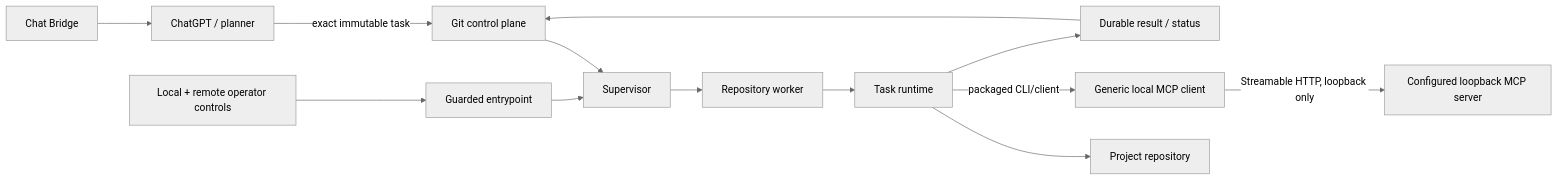
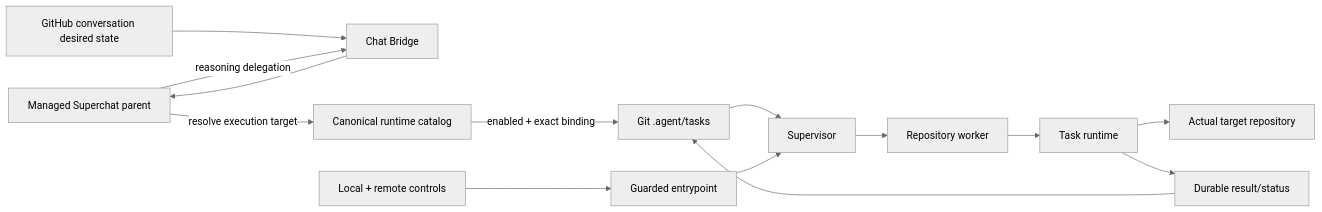
The diagram in docs/ARCHITECTURE.md (MichalMatu/local-agent), drawn with Mermaid (neutral theme) before and after one commit. The commit also changed other lines of this file and 16 other files, not shown here.

Commit message:
Rebase current architecture docs onto latest main (#155)

````diff
--- a/docs/ARCHITECTURE.md
+++ b/docs/ARCHITECTURE.md
@@ -9,28 +9,29 @@
 ```mermaid
 flowchart LR
-    Planner["ChatGPT / planner"]
+    Parent["Managed Superchat parent"]
     Bridge["Chat Bridge"]
-    Control["Git control plane"]
+    Desired["GitHub conversation desired state"]
+    Catalog["Canonical runtime catalog"]
+    Tasks["Git .agent/tasks"]
     Entry["Guarded entrypoint"]
     Supervisor["Supervisor"]
     Worker["Repository worker"]
     Runtime["Task runtime"]
-    MCP["Generic local MCP client"]
-    LocalApp["Configured loopback MCP server"]
-    Repo["Project repository"]
-    Results["Durable result / status"]
-    Operator["Local + remote operator controls"]
+    Repo["Actual target repository"]
+    Results["Durable result/status"]
+    Operator["Local + remote controls"]
 
-    Bridge --> Planner
-    Planner -->|exact immutable task| Control
-    Control --> Supervisor
+    Desired --> Bridge
+    Bridge --> Parent
+    Parent -->|reasoning delegation| Bridge
+    Parent -->|resolve execution target| Catalog
+    Catalog -->|enabled + exact binding| Tasks
+    Tasks --> Supervisor
     Operator --> Entry
     Entry --> Supervisor
     Supervisor --> Worker
     Worker --> Runtime
     Runtime --> Repo
-    Runtime -->|packaged CLI/client| MCP
-    MCP -->|Streamable HTTP, loopback only| LocalApp
     Runtime --> Results
-    Results --> Control
+    Results --> Tasks
 ```
````
